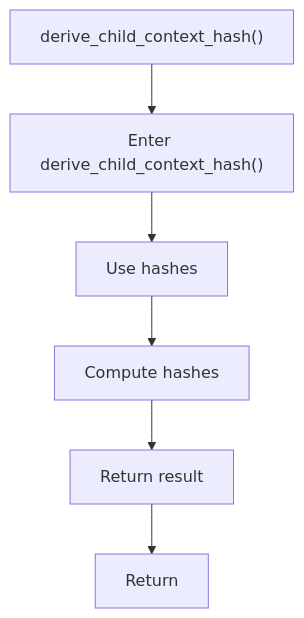
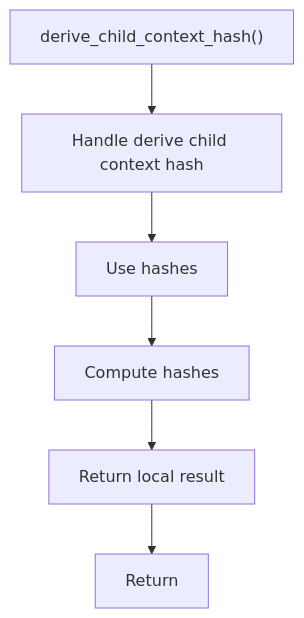
Before and after one commit to JohnAndrewBalbarosa/NeoTerritory: the diagram in docs/Codebase/Microservice/Modules/Source/HashingMechanism/ReverseMerkle/Flow/functions/derive_child_context_hash.cpp.md, drawn with Mermaid. The commit also changed other lines of this file and 915 other files, not shown here.

````diff
--- a/docs/Codebase/Microservice/Modules/Source/HashingMechanism/ReverseMerkle/Flow/functions/derive_child_context_hash.cpp.md
+++ b/docs/Codebase/Microservice/Modules/Source/HashingMechanism/ReverseMerkle/Flow/functions/derive_child_context_hash.cpp.md
@@ -18,14 +18,14 @@
 ```mermaid
 flowchart TD
     Start["derive_child_context_hash()"]
-    N0["Enter derive_child_context_hash()"]
+    N0["Handle derive child context hash"]
     N1["Use hashes"]
     N2["Compute hashes"]
-    N3["Return result"]
+    N3["Return local result"]
     End["Return"]
     Start --> N0
     N0 --> N1
     N1 --> N2
     N2 --> N3
     N3 --> End
 ```
````
